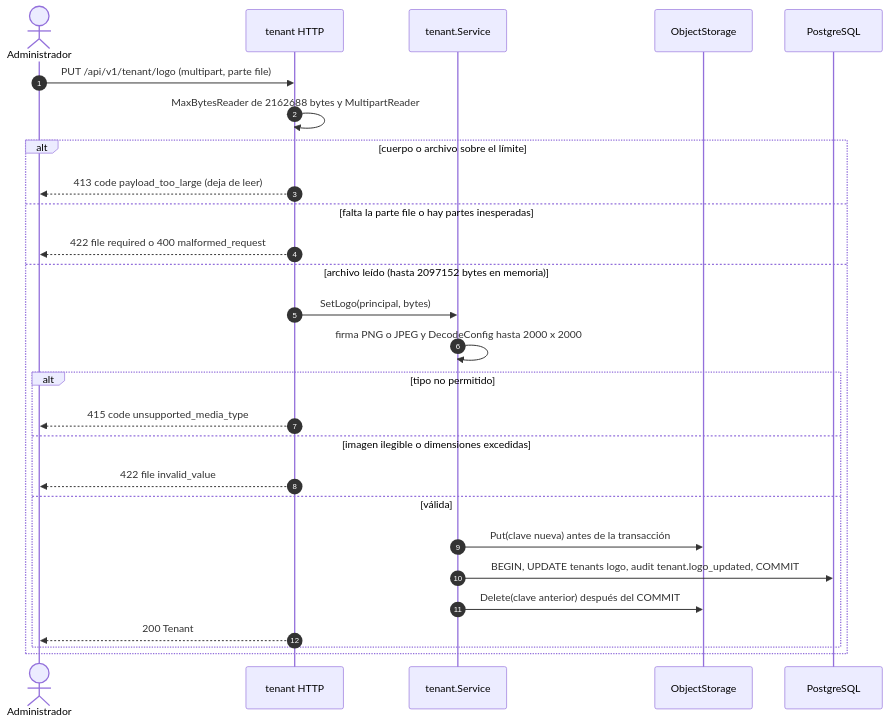
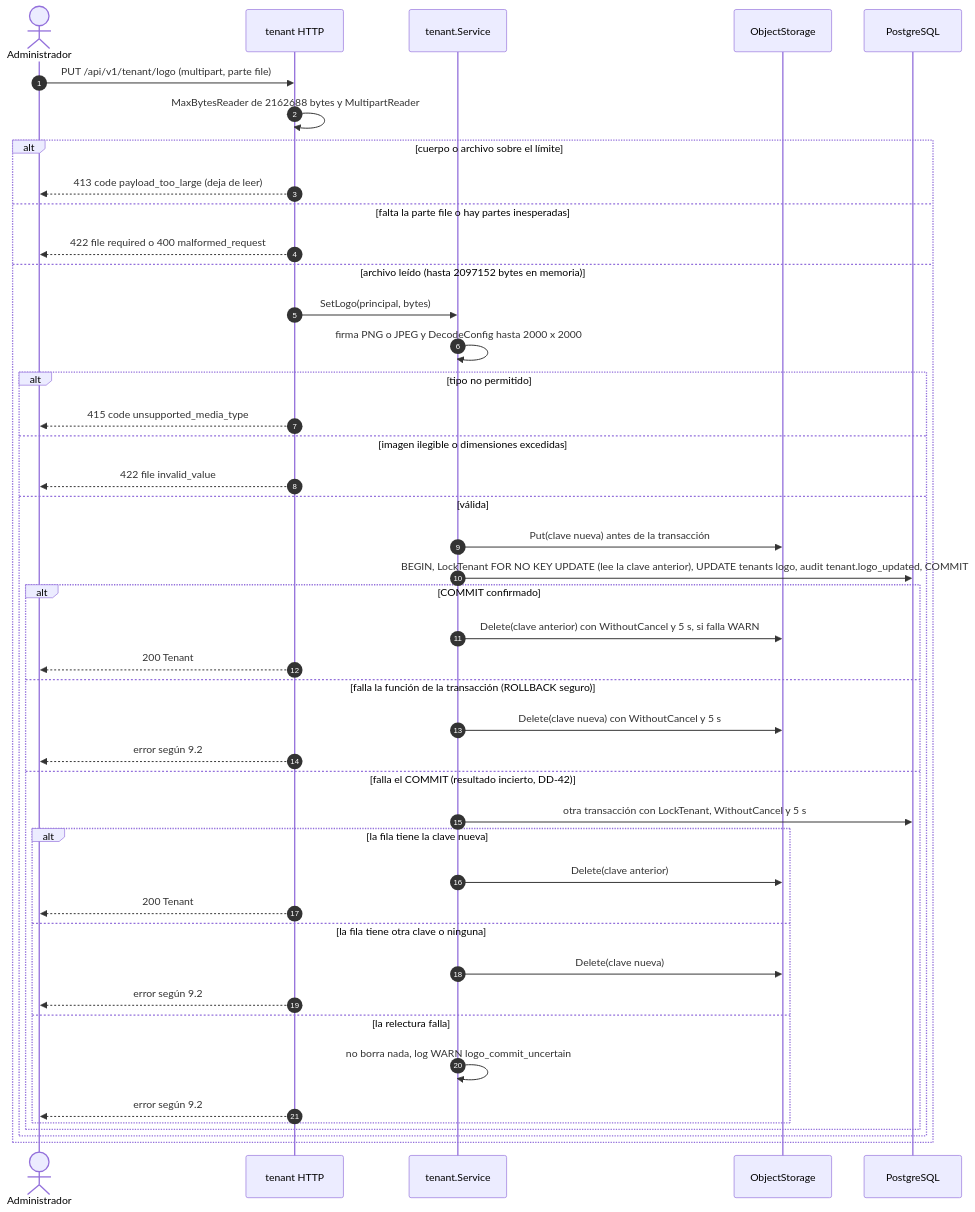
Before and after one commit to fdelillo/crm: the eighth of 12 diagrams in specs/001-empresas-usuarios/plan.md, drawn with Mermaid. The commit also changed other lines of this file and 3 other files, not shown here.

First line of the commit message:
docs(001): tenth review — uncertain logo commit, tenant lock and PATCH semantics

````diff
--- a/specs/001-empresas-usuarios/plan.md
+++ b/specs/001-empresas-usuarios/plan.md
@@ -595,30 +596,47 @@
 ```mermaid
 sequenceDiagram
     autonumber
     actor A as Administrador
     participant H as tenant HTTP
     participant S as tenant.Service
     participant O as ObjectStorage
     participant DB as PostgreSQL
 
     A->>H: PUT /api/v1/tenant/logo (multipart, parte file)
     H->>H: MaxBytesReader de 2162688 bytes y MultipartReader
     alt cuerpo o archivo sobre el límite
         H-->>A: 413 code payload_too_large (deja de leer)
     else falta la parte file o hay partes inesperadas
         H-->>A: 422 file required o 400 malformed_request
     else archivo leído (hasta 2097152 bytes en memoria)
         H->>S: SetLogo(principal, bytes)
         S->>S: firma PNG o JPEG y DecodeConfig hasta 2000 x 2000
         alt tipo no permitido
             H-->>A: 415 code unsupported_media_type
         else imagen ilegible o dimensiones excedidas
             H-->>A: 422 file invalid_value
         else válida
             S->>O: Put(clave nueva) antes de la transacción
-            S->>DB: BEGIN, UPDATE tenants logo, audit tenant.logo_updated, COMMIT
-            S->>O: Delete(clave anterior) después del COMMIT
-            H-->>A: 200 Tenant
+            S->>DB: BEGIN, LockTenant FOR NO KEY UPDATE (lee la clave anterior), UPDATE tenants logo, audit tenant.logo_updated, COMMIT
+            alt COMMIT confirmado
+                S->>O: Delete(clave anterior) con WithoutCancel y 5 s, si falla WARN
+                H-->>A: 200 Tenant
+            else falla la función de la transacción (ROLLBACK seguro)
+                S->>O: Delete(clave nueva) con WithoutCancel y 5 s
+                H-->>A: error según 9.2
+            else falla el COMMIT (resultado incierto, DD-42)
+                S->>DB: otra transacción con LockTenant, WithoutCancel y 5 s
+                alt la fila tiene la clave nueva
+                    S->>O: Delete(clave anterior)
+                    H-->>A: 200 Tenant
+                else la fila tiene otra clave o ninguna
+                    S->>O: Delete(clave nueva)
+                    H-->>A: error según 9.2
+                else la relectura falla
+                    S->>S: no borra nada, log WARN logo_commit_uncertain
+                    H-->>A: error según 9.2
+                end
+            end
         end
     end
 ```
````
